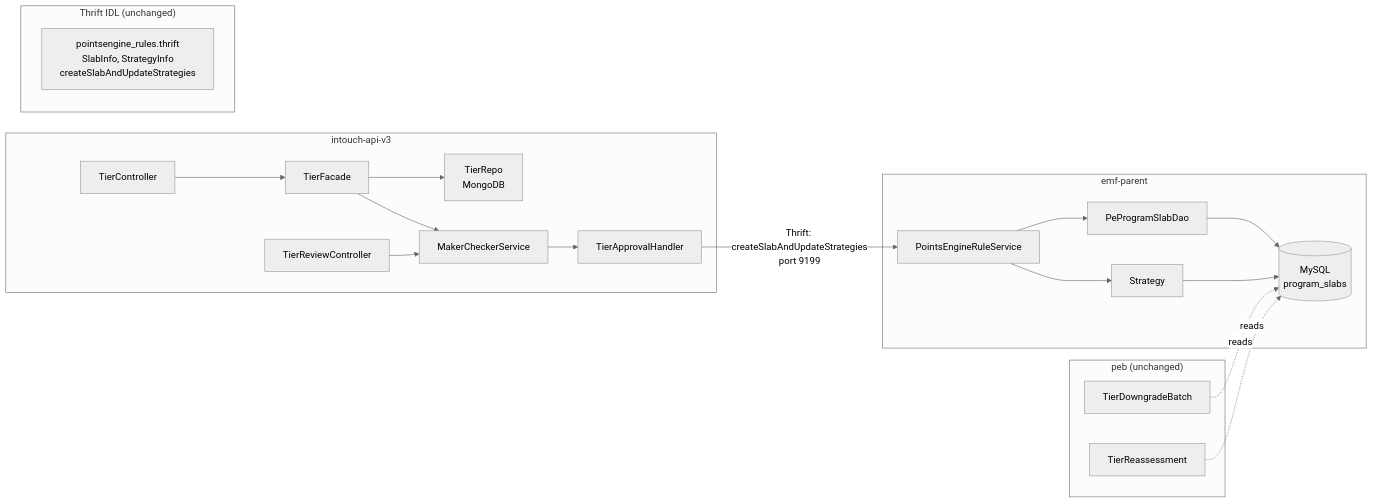
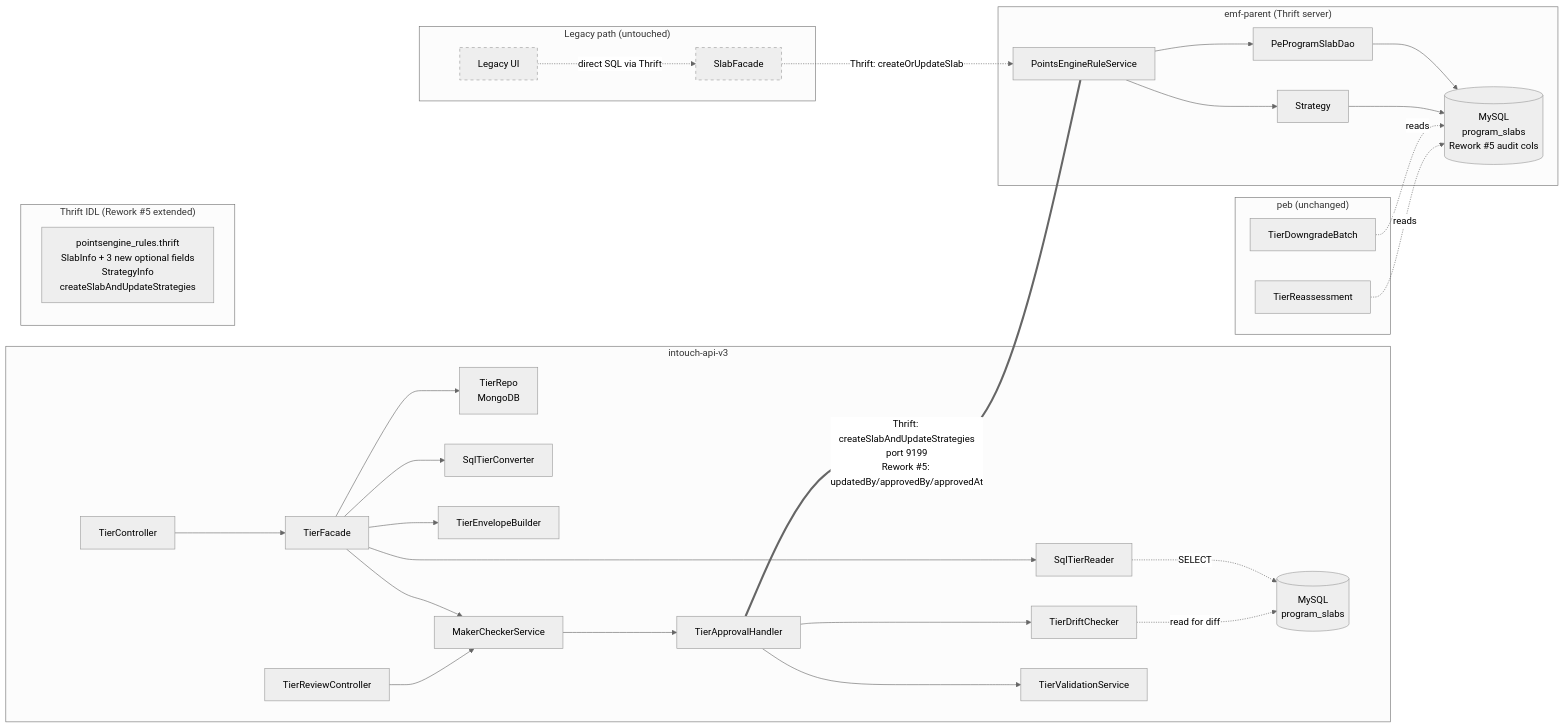
The ninth of 9 diagrams in docs/pipeline/tier/cross-repo-trace.md (BaljeetSinghCapillaryTech/kalpavriksha), drawn with Mermaid (neutral theme) before and after one commit. The commit also changed other lines of this file, not shown here.

First line of the commit message:
raidlc/ai_tier: Rework #5 cascade Step 7 — Cross-Repo Trace

````diff
--- a/docs/pipeline/tier/cross-repo-trace.md
+++ b/docs/pipeline/tier/cross-repo-trace.md
@@ -162,27 +402,44 @@
 ```mermaid
 graph LR
     subgraph "intouch-api-v3"
         TC[TierController] --> TF[TierFacade]
         TF --> TR[TierRepo<br/>MongoDB]
+        TF --> SR[SqlTierReader]
+        TF --> SC[SqlTierConverter]
+        TF --> EB[TierEnvelopeBuilder]
         TF --> MCS[MakerCheckerService]
         MCS --> TAH[TierApprovalHandler]
+        TAH --> TDC[TierDriftChecker]
+        TAH --> TVS[TierValidationService]
         TRC[TierReviewController] --> MCS
+
+        SR -.->|SELECT| EXT_SQL[(MySQL<br/>program_slabs)]
+        TDC -.->|read for diff| EXT_SQL
     end
-    
-    subgraph "emf-parent"
-        TAH[TierApprovalHandler] -->|"Thrift: createSlabAndUpdateStrategies<br/>port 9199"| PERS[PointsEngineRuleService]
+
+    subgraph "emf-parent (Thrift server)"
+        TAH ===|"Thrift: createSlabAndUpdateStrategies<br/>port 9199<br/>Rework #5: updatedBy/approvedBy/approvedAt"| PERS[PointsEngineRuleService]
         PERS --> PSD[PeProgramSlabDao]
         PERS --> STR[Strategy]
-        PSD --> SQL[(MySQL<br/>program_slabs)]
+        PSD --> SQL[(MySQL<br/>program_slabs<br/>Rework #5 audit cols)]
         STR --> SQL
     end
-    
+
+    subgraph "Legacy path (untouched)"
+        Old_UI[Legacy UI] -.->|direct SQL via Thrift| SF[SlabFacade]
+        SF -.->|Thrift: createOrUpdateSlab| PERS
+    end
+
     subgraph "peb (unchanged)"
         TDB[TierDowngradeBatch] -.->|reads| SQL
         TRS[TierReassessment] -.->|reads| SQL
     end
-    
-    subgraph "Thrift IDL (unchanged)"
-        IDL[pointsengine_rules.thrift<br/>SlabInfo, StrategyInfo<br/>createSlabAndUpdateStrategies]
+
+    subgraph "Thrift IDL (Rework #5 extended)"
+        IDL[pointsengine_rules.thrift<br/>SlabInfo + 3 new optional fields<br/>StrategyInfo<br/>createSlabAndUpdateStrategies]
     end
+
+    EXT_SQL ~~~ SQL
+    style Old_UI stroke-dasharray:5 5
+    style SF stroke-dasharray:5 5
 ```
````
